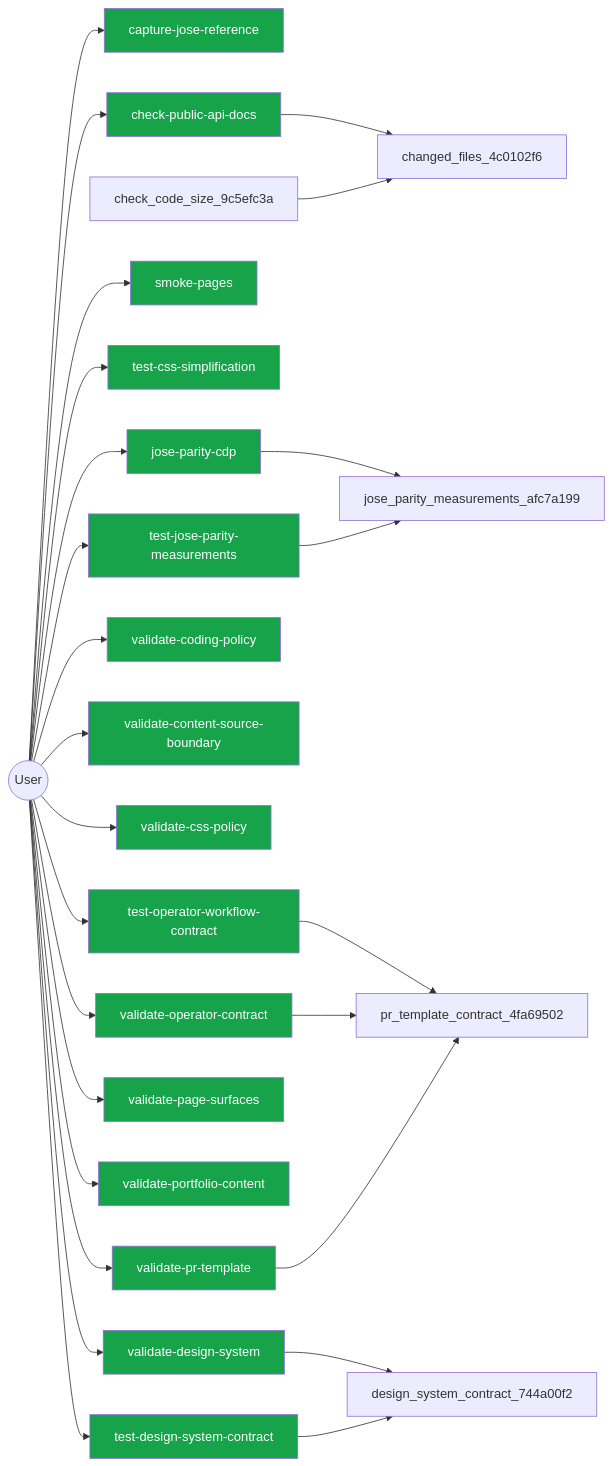
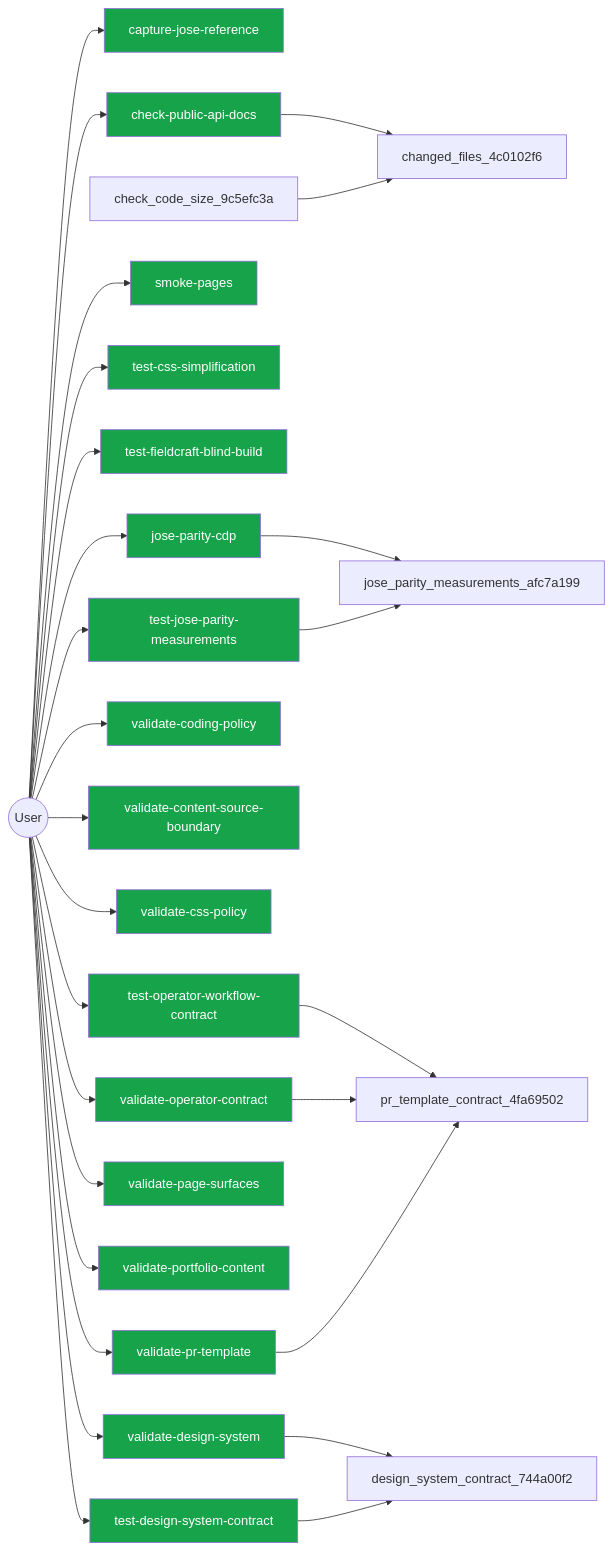
One commit to jscraik/websites changed the diagram in .diagram/user.mmd. Above: the diagram before and after it, drawn with Mermaid. The commit also changed 2 other files, not shown here.

Commit message:
chore(diagram): refresh Fieldcraft projections
Why: The pre-push architecture gate detected that the strengthened blind-build test changed the generated user-flow inventory.

What: Regenerate the user diagram, manifest metadata, and embedded diagram context from the current source.

Impact/Risk: Generated documentation only. Revert with the owning Fieldcraft source commit if the projection is no longer valid.

Behavior Proof: The pre-push generator completed and identified these three tracked projections as the exact stale set. Diagram freshness is rerun after this commit because its contract requires a clean generated-artifact state.

```diff
--- a/.diagram/user.mmd
+++ b/.diagram/user.mmd
@@ -1,45 +1,47 @@
 flowchart LR
   User(("User"))
   capture_jose_reference_e7b66705["capture-jose-reference"]
   User --> capture_jose_reference_e7b66705
   check_public_api_docs_a9604f1b["check-public-api-docs"]
   User --> check_public_api_docs_a9604f1b
   jose_parity_cdp_bdcde21d["jose-parity-cdp"]
   User --> jose_parity_cdp_bdcde21d
   smoke_pages_9a92b30d["smoke-pages"]
   User --> smoke_pages_9a92b30d
   test_css_simplification_05516724["test-css-simplification"]
   User --> test_css_simplification_05516724
+  test_fieldcraft_blind_build_ec0e094c["test-fieldcraft-blind-build"]
+  User --> test_fieldcraft_blind_build_ec0e094c
   test_jose_parity_measurements_2477824f["test-jose-parity-measurements"]
   User --> test_jose_parity_measurements_2477824f
   test_operator_workflow_contract_b4a152d7["test-operator-workflow-contract"]
   User --> test_operator_workflow_contract_b4a152d7
   validate_coding_policy_29976175["validate-coding-policy"]
   User --> validate_coding_policy_29976175
   validate_content_source_boundary_8a6f121b["validate-content-source-boundary"]
   User --> validate_content_source_boundary_8a6f121b
   validate_css_policy_1c5ec854["validate-css-policy"]
   User --> validate_css_policy_1c5ec854
   validate_design_system_b8a5f37c["validate-design-system"]
   User --> validate_design_system_b8a5f37c
   validate_operator_contract_f777ed78["validate-operator-contract"]
   User --> validate_operator_contract_f777ed78
   validate_page_surfaces_078ef6b6["validate-page-surfaces"]
   User --> validate_page_surfaces_078ef6b6
   validate_portfolio_content_6d36990e["validate-portfolio-content"]
   User --> validate_portfolio_content_6d36990e
   validate_pr_template_1fc39e13["validate-pr-template"]
   User --> validate_pr_template_1fc39e13
   check_public_api_docs_a9604f1b --> changed_files_4c0102f6
   jose_parity_cdp_bdcde21d --> jose_parity_measurements_afc7a199
   test_jose_parity_measurements_2477824f --> jose_parity_measurements_afc7a199
   test_operator_workflow_contract_b4a152d7 --> pr_template_contract_4fa69502
   validate_design_system_b8a5f37c --> design_system_contract_744a00f2
   validate_operator_contract_f777ed78 --> pr_template_contract_4fa69502
   validate_pr_template_1fc39e13 --> pr_template_contract_4fa69502
   check_code_size_9c5efc3a --> changed_files_4c0102f6
   test_design_system_contract_2b5439cd --> design_system_contract_744a00f2
   classDef userNode fill:#16a34a,color:#fff
   test_design_system_contract_2b5439cd["test-design-system-contract"]
   User --> test_design_system_contract_2b5439cd
-  class capture_jose_reference_e7b66705,check_public_api_docs_a9604f1b,jose_parity_cdp_bdcde21d,smoke_pages_9a92b30d,test_css_simplification_05516724,test_jose_parity_measurements_2477824f,test_operator_workflow_contract_b4a152d7,validate_coding_policy_29976175,validate_content_source_boundary_8a6f121b,validate_css_policy_1c5ec854,validate_design_system_b8a5f37c,validate_operator_contract_f777ed78,validate_page_surfaces_078ef6b6,validate_portfolio_content_6d36990e,validate_pr_template_1fc39e13,test_design_system_contract_2b5439cd userNode
+  class capture_jose_reference_e7b66705,check_public_api_docs_a9604f1b,jose_parity_cdp_bdcde21d,smoke_pages_9a92b30d,test_css_simplification_05516724,test_fieldcraft_blind_build_ec0e094c,test_jose_parity_measurements_2477824f,test_operator_workflow_contract_b4a152d7,validate_coding_policy_29976175,validate_content_source_boundary_8a6f121b,validate_css_policy_1c5ec854,validate_design_system_b8a5f37c,validate_operator_contract_f777ed78,validate_page_surfaces_078ef6b6,validate_portfolio_content_6d36990e,validate_pr_template_1fc39e13,test_design_system_contract_2b5439cd userNode
```
